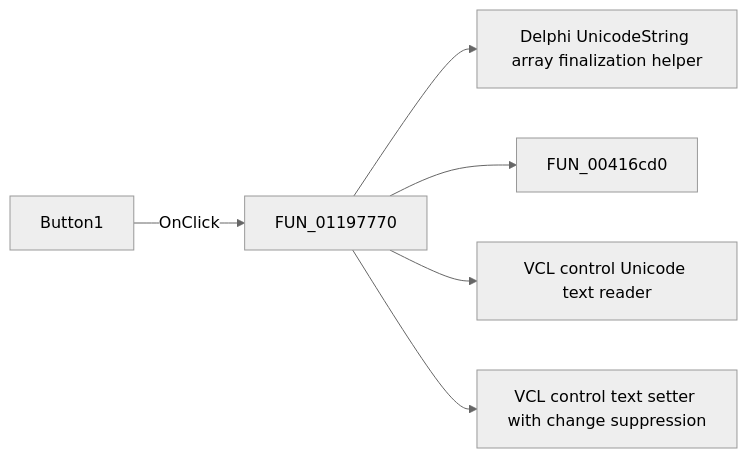
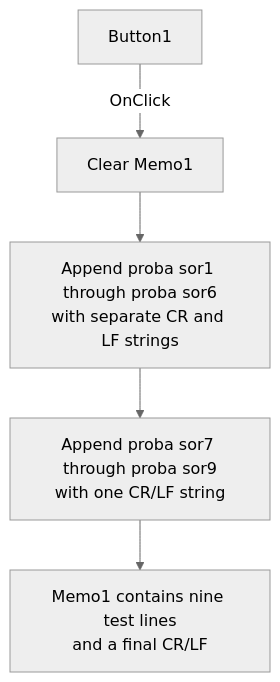
Before and after one commit to MovGP0/TIARA: the diagram in docs/ui-controls/kiiro-form/button1-2686d4402d.md, drawn with Mermaid (neutral theme). The commit also changed other lines of this file and 387 other files, not shown here.

````diff
--- a/docs/ui-controls/kiiro-form/button1-2686d4402d.md
+++ b/docs/ui-controls/kiiro-form/button1-2686d4402d.md
@@ -27,8 +42,7 @@
 ```mermaid
-flowchart LR
-    control["Button1"] -->|OnClick| handler["FUN_01197770"]
-    handler --> call1["Delphi UnicodeString array finalization helper"]
-    handler --> call2["FUN_00416cd0"]
-    handler --> call3["VCL control Unicode text reader"]
-    handler --> call4["VCL control text setter with change suppression"]
+flowchart TD
+    control["Button1"] -->|OnClick| clearMemo["Clear Memo1"]
+    clearMemo --> firstGroup["Append proba sor1 through proba sor6<br/>with separate CR and LF strings"]
+    firstGroup --> secondGroup["Append proba sor7 through proba sor9<br/>with one CR/LF string"]
+    secondGroup --> result["Memo1 contains nine test lines<br/>and a final CR/LF"]
 ```
````
